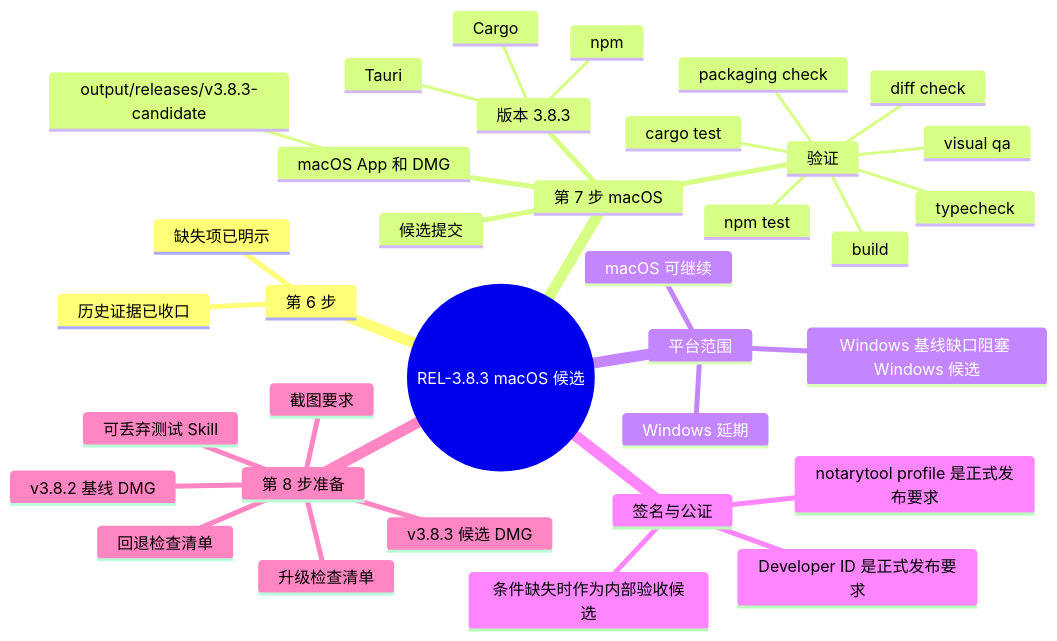
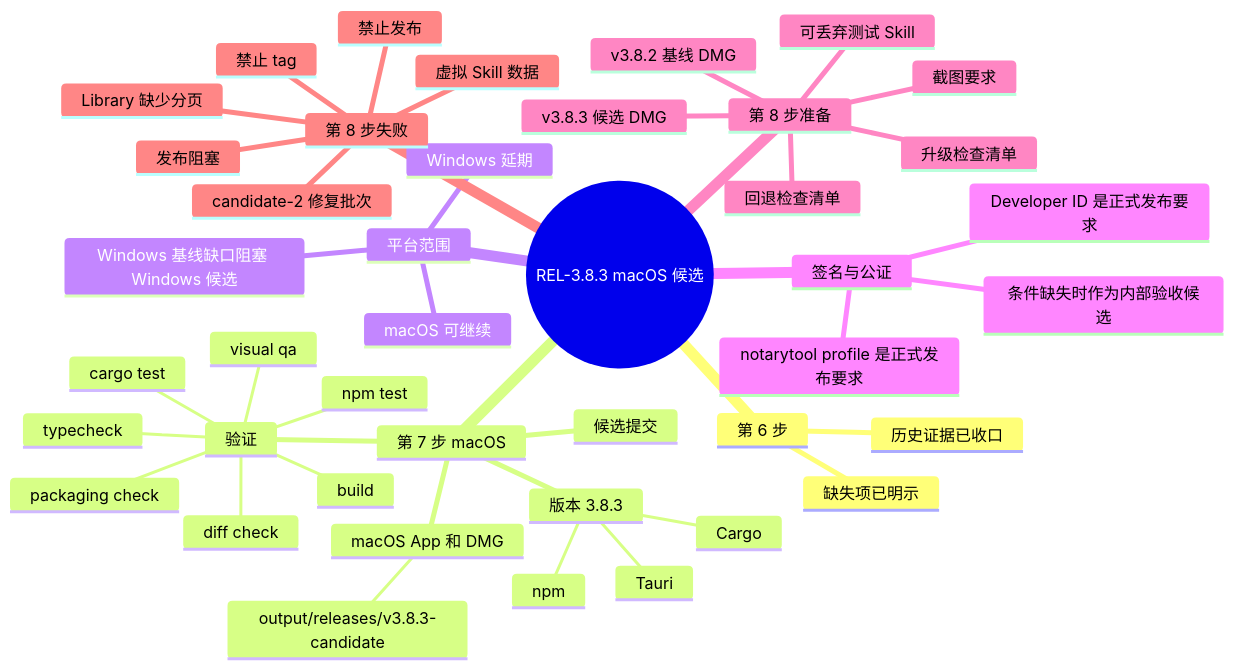
Before and after one commit to FengBuL/skill-panel: the diagram in SOP-mindmap.md, drawn with Mermaid. The commit also changed 44 other files, not shown here.

````diff
--- a/SOP-mindmap.md
+++ b/SOP-mindmap.md
@@ -11,38 +11,45 @@
 ```mermaid
 mindmap
   root((REL-3.8.3 macOS 候选))
     第 6 步
       历史证据已收口
       缺失项已明示
     第 7 步 macOS
       版本 3.8.3
         npm
         Tauri
         Cargo
       验证
         npm test
         typecheck
         build
         packaging check
         cargo test
         visual qa
         diff check
       候选提交
       macOS App 和 DMG
         output/releases/v3.8.3-candidate
     平台范围
       macOS 可继续
       Windows 延期
       Windows 基线缺口阻塞 Windows 候选
     签名与公证
       Developer ID 是正式发布要求
       notarytool profile 是正式发布要求
       条件缺失时作为内部验收候选
     第 8 步准备
       v3.8.2 基线 DMG
       v3.8.3 候选 DMG
       可丢弃测试 Skill
       升级检查清单
       回退检查清单
       截图要求
+    第 8 步失败
+      虚拟 Skill 数据
+      Library 缺少分页
+      发布阻塞
+      candidate-2 修复批次
+      禁止 tag
+      禁止发布
 ```
````
